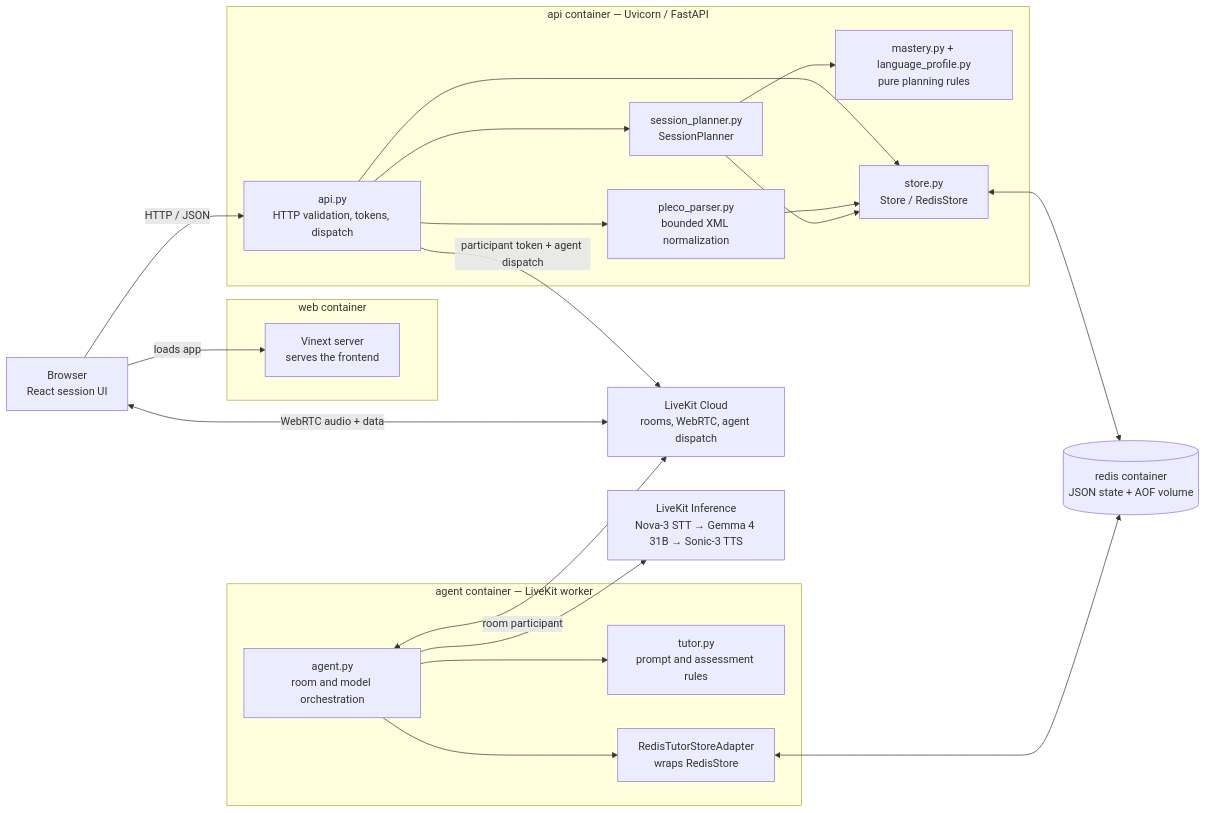
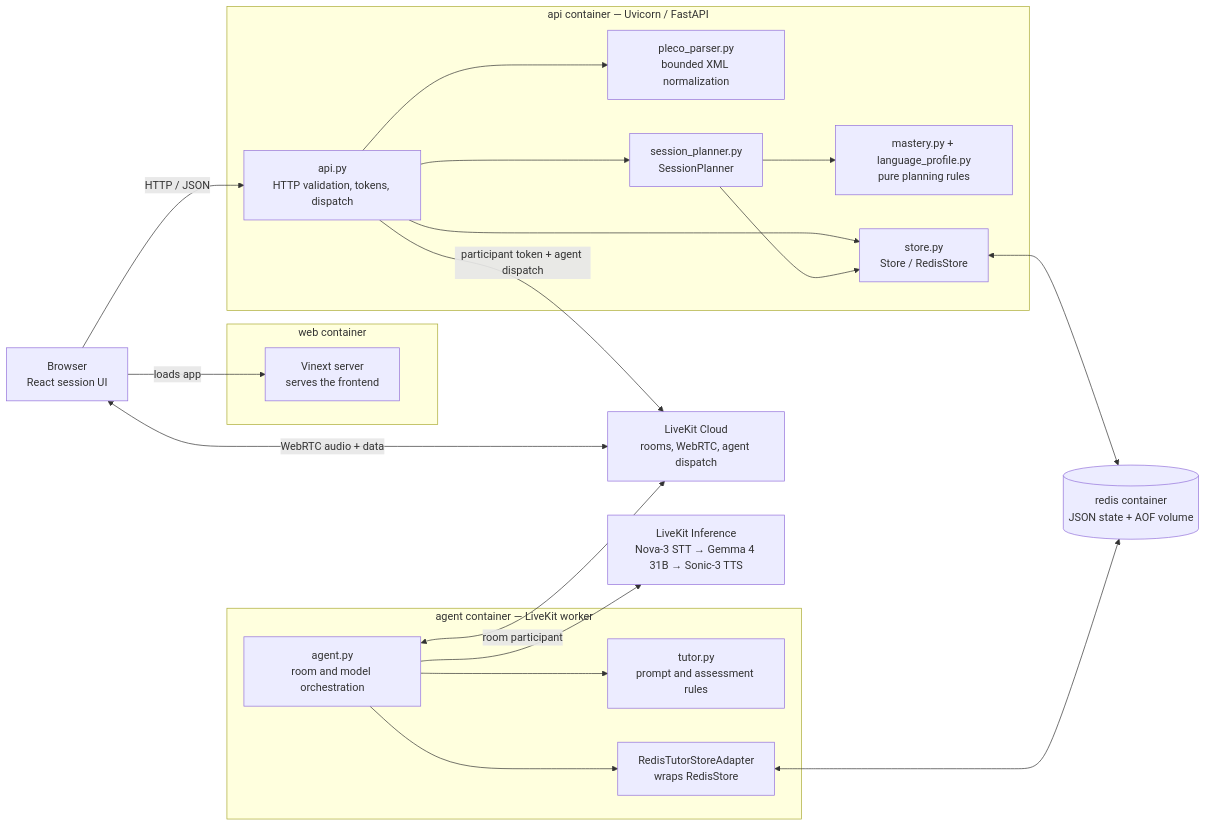
The diagram in README.md (edwinlai/plecoach), drawn with Mermaid before and after one commit. The commit also changed other lines of this file and 18 other files, not shown here.

````diff
--- a/README.md
+++ b/README.md
@@ -59,45 +61,44 @@
 ```mermaid
 flowchart LR
     browser["Browser<br/>React session UI"]
 
     subgraph web["web container"]
         webserver["Vinext server<br/>serves the frontend"]
     end
 
     subgraph api["api container — Uvicorn / FastAPI"]
         routes["api.py<br/>HTTP validation, tokens, dispatch"]
         parser["pleco_parser.py<br/>bounded XML normalization"]
         planner["session_planner.py<br/>SessionPlanner"]
         rules["mastery.py + language_profile.py<br/>pure planning rules"]
         store["store.py<br/>Store / RedisStore"]
 
         routes --> parser
         routes --> planner
         routes --> store
-        parser --> store
         planner --> rules
         planner --> store
     end
 
     subgraph agent["agent container — LiveKit worker"]
         runtime["agent.py<br/>room and model orchestration"]
         tutor["tutor.py<br/>prompt and assessment rules"]
         adapter["RedisTutorStoreAdapter<br/>wraps RedisStore"]
 
         runtime --> tutor
         runtime --> adapter
     end
 
     redis[("redis container<br/>JSON state + AOF volume")]
     livekit["LiveKit Cloud<br/>rooms, WebRTC, agent dispatch"]
     inference["LiveKit Inference<br/>Nova-3 STT → Gemma 4 31B → Sonic-3 TTS"]
 
     browser -->|"loads app"| webserver
     browser -->|"HTTP / JSON"| routes
     browser <-->|"WebRTC audio + data"| livekit
     routes -->|"participant token + agent dispatch"| livekit
     runtime <-->|"room participant"| livekit
     runtime --> inference
     store <--> redis
     adapter <--> redis
 ```
````
